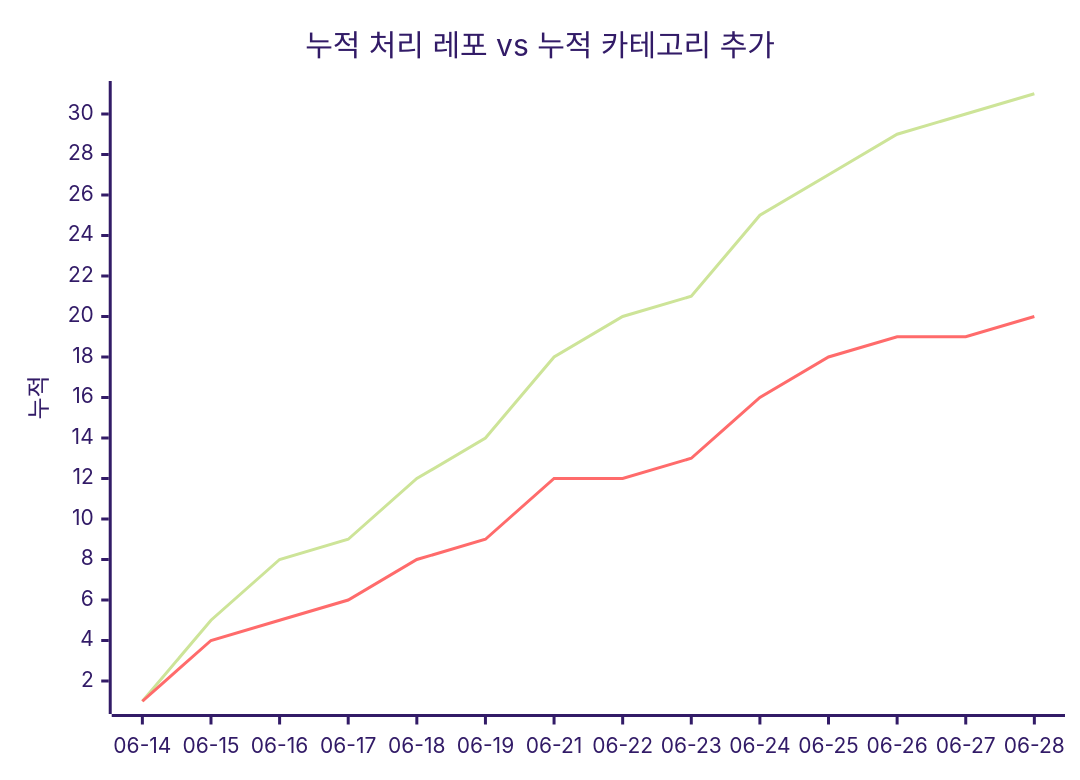
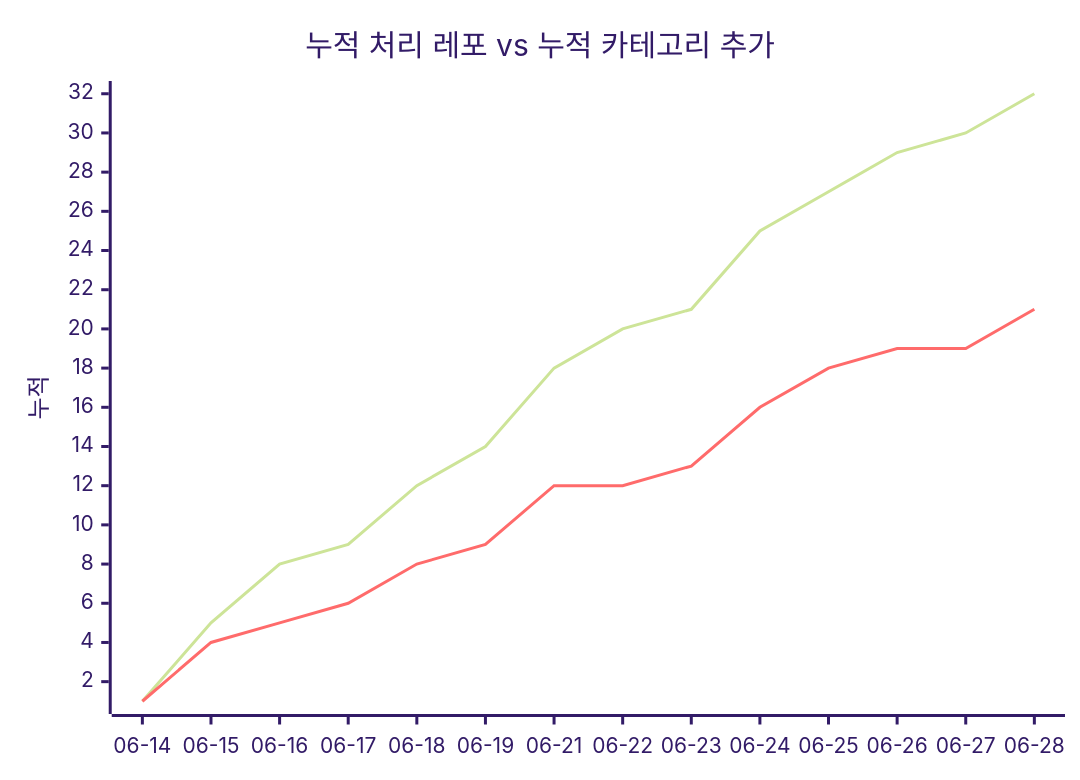
Before and after one commit to J-nowcow/awesome-korean-agent-skills: the second of 2 diagrams in docs/trends.md, drawn with Mermaid (forest theme). The commit also changed other lines of this file and 4 other files, not shown here.

````diff
--- a/docs/trends.md
+++ b/docs/trends.md
@@ -68,8 +68,8 @@
 ```mermaid
 xychart-beta
     title "누적 처리 레포 vs 누적 카테고리 추가"
     x-axis ["06-14","06-15","06-16","06-17","06-18","06-19","06-21","06-22","06-23","06-24","06-25","06-26","06-27","06-28"]
     y-axis "누적"
-    line [1,5,8,9,12,14,18,20,21,25,27,29,30,31]
-    line [1,4,5,6,8,9,12,12,13,16,18,19,19,20]
+    line [1,5,8,9,12,14,18,20,21,25,27,29,30,32]
+    line [1,4,5,6,8,9,12,12,13,16,18,19,19,21]
 ```
````
